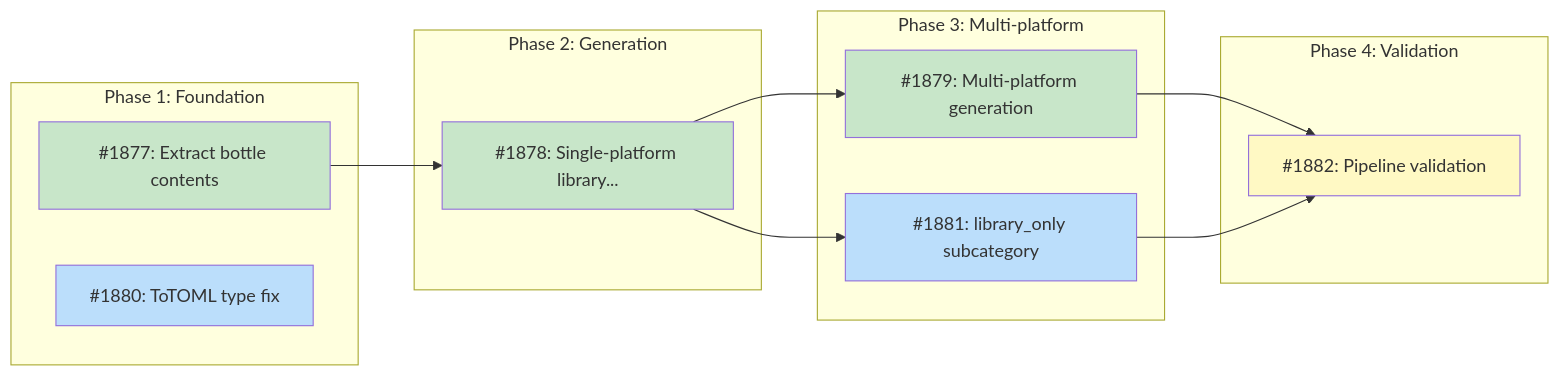
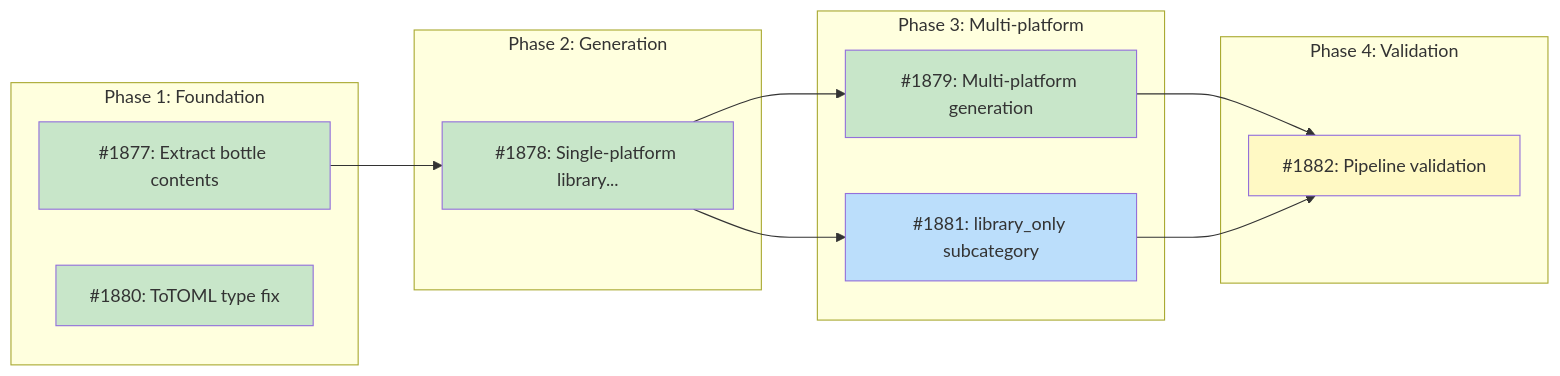
Before and after one commit to tsukumogami/tsuku: the diagram in docs/designs/DESIGN-library-recipe-generation.md, drawn with Mermaid. The commit also changed other lines of this file, not shown here.

Commit message:
docs(design): mark #1880 as done in implementation issues

````diff
--- a/docs/designs/DESIGN-library-recipe-generation.md
+++ b/docs/designs/DESIGN-library-recipe-generation.md
@@ -53,36 +53,36 @@
 ```mermaid
 graph LR
     subgraph Phase1["Phase 1: Foundation"]
         I1877["#1877: Extract bottle contents"]
         I1880["#1880: ToTOML type fix"]
     end
 
     subgraph Phase2["Phase 2: Generation"]
         I1878["#1878: Single-platform library..."]
     end
 
     subgraph Phase3["Phase 3: Multi-platform"]
         I1879["#1879: Multi-platform generation"]
         I1881["#1881: library_only subcategory"]
     end
 
     subgraph Phase4["Phase 4: Validation"]
         I1882["#1882: Pipeline validation"]
     end
 
     I1877 --> I1878
     I1878 --> I1879
     I1878 --> I1881
     I1879 --> I1882
     I1881 --> I1882
 
     classDef done fill:#c8e6c9
     classDef ready fill:#bbdefb
     classDef blocked fill:#fff9c4
     classDef needsDesign fill:#e1bee7
     classDef tracksDesign fill:#FFE0B2,stroke:#F57C00,color:#000
 
-    class I1877,I1878,I1879 done
-    class I1880,I1881 ready
+    class I1877,I1878,I1879,I1880 done
+    class I1881 ready
     class I1882 blocked
 ```
````
